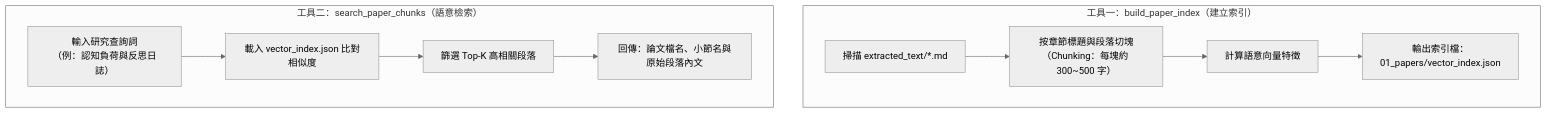
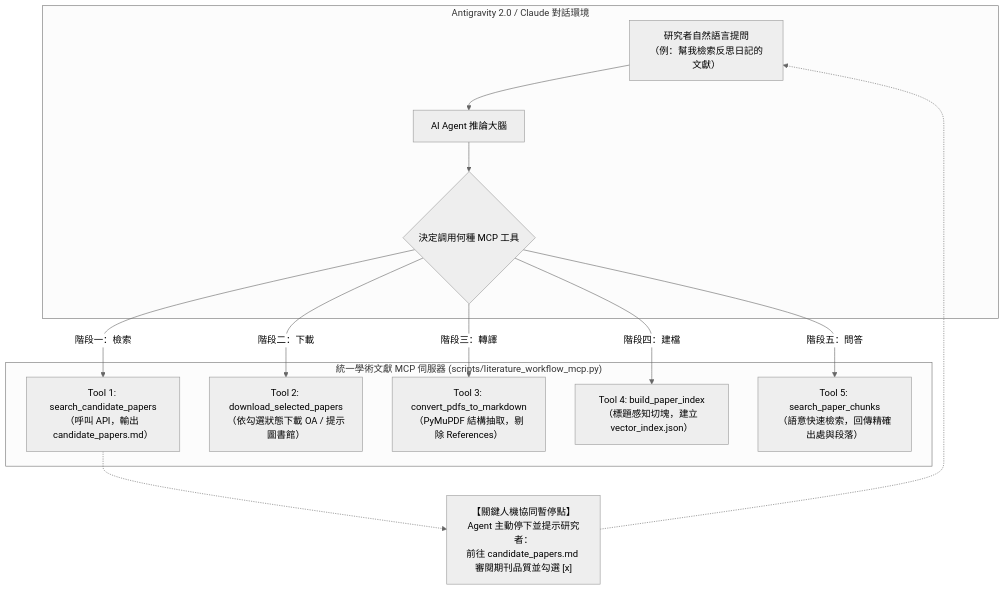
Before and after one commit to sungchien/literature_agent: the seventh of 7 diagrams in 02_智慧文獻爬梳與本機向量化檢索.md, drawn with Mermaid (neutral theme). The commit also changed other lines of this file and 25 other files, not shown here.

````diff
--- a/02_智慧文獻爬梳與本機向量化檢索.md
+++ b/02_智慧文獻爬梳與本機向量化檢索.md
@@ -667,15 +483,19 @@
 ```mermaid
 flowchart TD
-    subgraph Indexing["工具一：build_paper_index（建立索引）"]
-        T1["掃描 extracted_text/*.md"] --> T2["按章節標題與段落切塊<br/>（Chunking：每塊約 300~500 字）"]
-        T2 --> T3["計算語意向量特徵"]
-        T3 --> T4["輸出索引檔：<br/>01_papers/vector_index.json"]
+    subgraph AgentEnv["Antigravity 2.0 / Claude 對話環境"]
+        User["研究者自然語言提問<br/>（例：幫我檢索反思日記的文獻）"] --> LLM["AI Agent 推論大腦"]
+        LLM --> ToolCall{"決定調用何種 MCP 工具"}
     end
 
-    subgraph Querying["工具二：search_paper_chunks（語意檢索）"]
-        Q1["輸入研究查詢詞<br/>（例：認知負荷與反思日誌）"] --> Q2["載入 vector_index.json 比對相似度"]
-        Q2 --> Q3["篩選 Top-K 高相關段落"]
-        Q3 --> Q4["回傳：論文檔名、小節名與原始段落內文"]
+    subgraph UnifiedServer["統一學術文獻 MCP 伺服器 (scripts/literature_workflow_mcp.py)"]
+        ToolCall -->|"階段一：檢索"| T1["Tool 1: search_candidate_papers<br/>（呼叫 API，輸出 candidate_papers.md）"]
+        ToolCall -->|"階段二：下載"| T2["Tool 2: download_selected_papers<br/>（依勾選狀態下載 OA / 提示圖書館）"]
+        ToolCall -->|"階段三：轉譯"| T3["Tool 3: convert_pdfs_to_markdown<br/>（PyMuPDF 結構抽取，剔除 References）"]
+        ToolCall -->|"階段四：建檔"| T4["Tool 4: build_paper_index<br/>（標題感知切塊，建立 vector_index.json）"]
+        ToolCall -->|"階段五：問答"| T5["Tool 5: search_paper_chunks<br/>（語意快速檢索，回傳精確出處與段落）"]
     end
 
+    T1 -.-> Pause["【關鍵人機協同暫停點】<br/>Agent 主動停下並提示研究者：<br/>前往 candidate_papers.md 審閱期刊品質並勾選 [x]"]
+    Pause -.-> User
+
 ```
````
